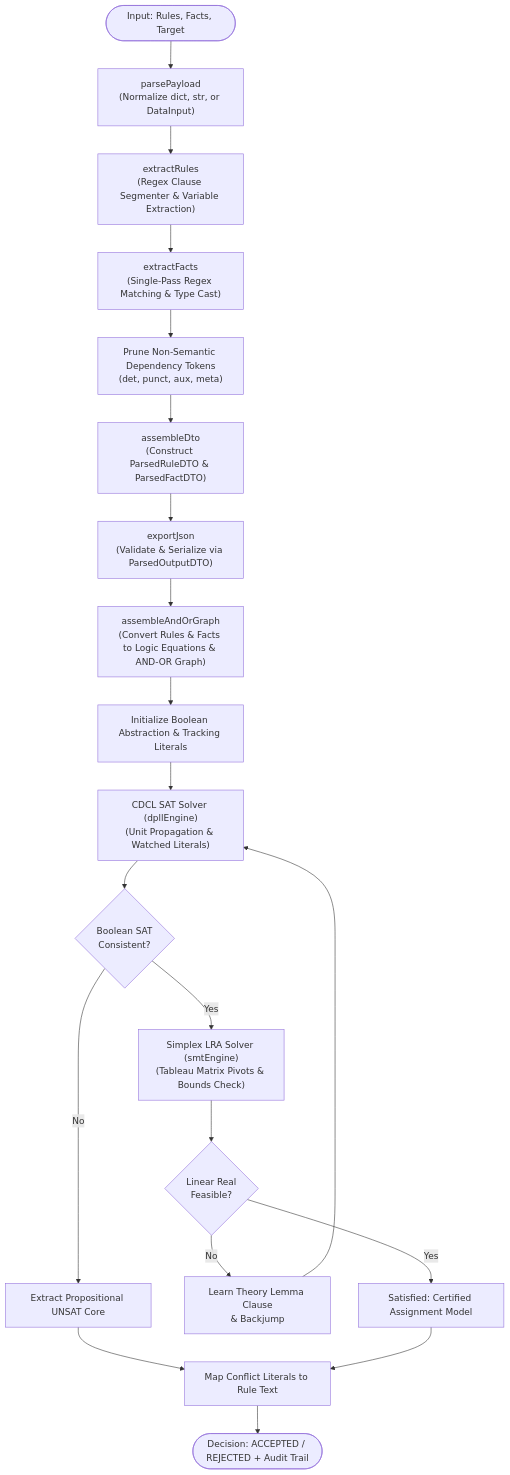
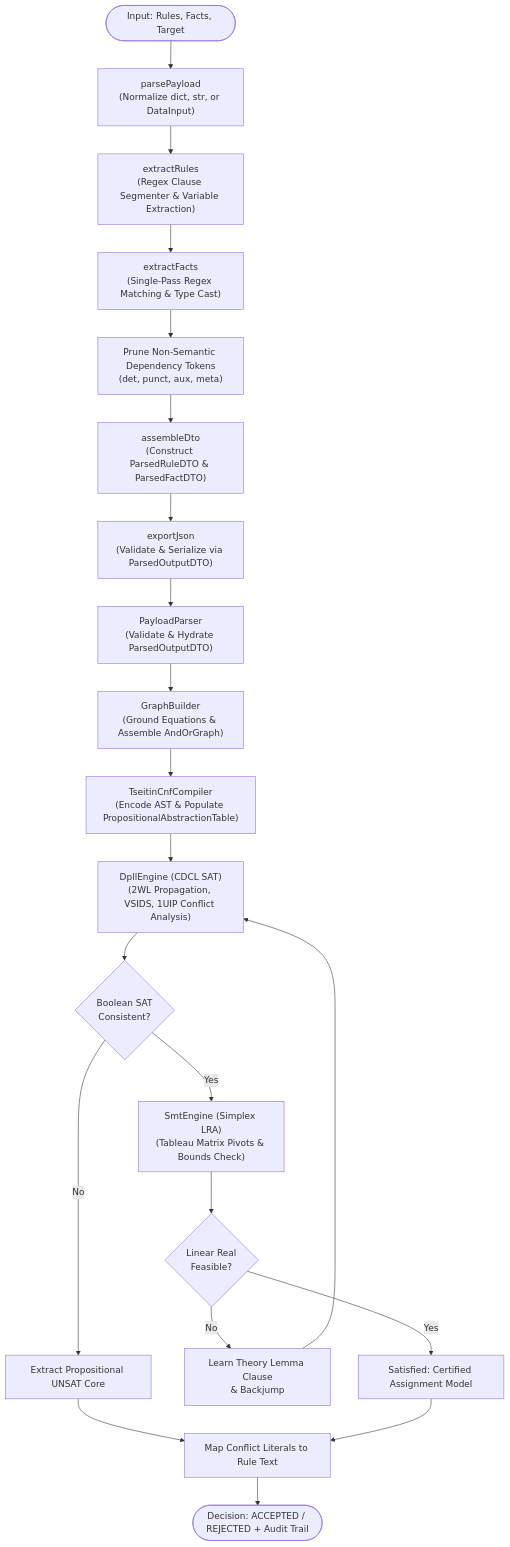
The diagram in Architecture/FlowDiagram.md (Kraftpaket-bibliothek/Shiva), drawn with Mermaid before and after one commit. The commit also changed 8 other files, not shown here.

Commit message:
I have made a couple of architectural changes in how the code must look. I still need to scrutinize it further, and make it much simpler. We can delete more lines of code from the Logic Engine.

````diff
--- a/Architecture/FlowDiagram.md
+++ b/Architecture/FlowDiagram.md
@@ -5,26 +5,28 @@
 ```mermaid
 flowchart TD
     Start(["Input: Rules, Facts, Target"]) --> Parse["parsePayload<br/>(Normalize dict, str, or DataInput)"]
     Parse --> RuleExtract["extractRules<br/>(Regex Clause Segmenter & Variable Extraction)"]
     RuleExtract --> FactExtract["extractFacts<br/>(Single-Pass Regex Matching & Type Cast)"]
     FactExtract --> DepPrune["Prune Non-Semantic Dependency Tokens<br/>(det, punct, aux, meta)"]
     DepPrune --> DTOAssemble["assembleDto<br/>(Construct ParsedRuleDTO & ParsedFactDTO)"]
     DTOAssemble --> JSONExport["exportJson<br/>(Validate & Serialize via ParsedOutputDTO)"]
     
-    JSONExport --> AOG["assembleAndOrGraph<br/>(Convert Rules & Facts to Logic Equations & AND-OR Graph)"]
-    AOG --> SATInit["Initialize Boolean Abstraction & Tracking Literals"]
-    SATInit --> CDCL["CDCL SAT Solver (dpllEngine)<br/>(Unit Propagation & Watched Literals)"]
+    JSONExport --> PP["PayloadParser<br/>(Validate & Hydrate ParsedOutputDTO)"]
+    PP --> GB["GraphBuilder<br/>(Ground Equations & Assemble AndOrGraph)"]
+    GB --> Tseitin["TseitinCnfCompiler<br/>(Encode AST & Populate PropositionalAbstractionTable)"]
+    
+    Tseitin --> CDCL["DpllEngine (CDCL SAT)<br/>(2WL Propagation, VSIDS, 1UIP Conflict Analysis)"]
     
     CDCL --> SATCheck{"Boolean SAT<br/>Consistent?"}
     SATCheck -- No --> SATUnsat["Extract Propositional UNSAT Core"]
-    SATCheck -- Yes --> Simplex["Simplex LRA Solver (smtEngine)<br/>(Tableau Matrix Pivots & Bounds Check)"]
+    SATCheck -- Yes --> Simplex["SmtEngine (Simplex LRA)<br/>(Tableau Matrix Pivots & Bounds Check)"]
     
     Simplex --> TheoryCheck{"Linear Real<br/>Feasible?"}
     TheoryCheck -- No --> LearnConflict["Learn Theory Lemma Clause<br/>& Backjump"]
     LearnConflict --> CDCL
     TheoryCheck -- Yes --> SatSatisfied["Satisfied: Certified Assignment Model"]
     
     SATUnsat --> FormatResult["Map Conflict Literals to Rule Text"]
     SatSatisfied --> FormatResult
     FormatResult --> Verdict(["Decision: ACCEPTED / REJECTED + Audit Trail"])
 ```
````
